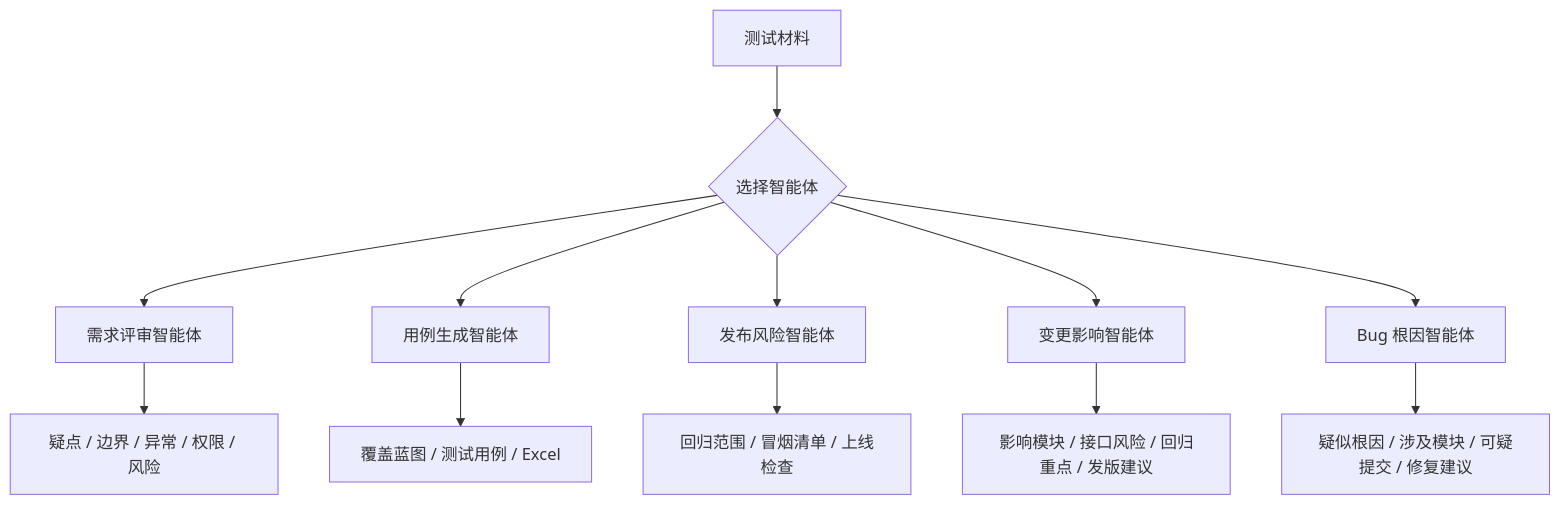
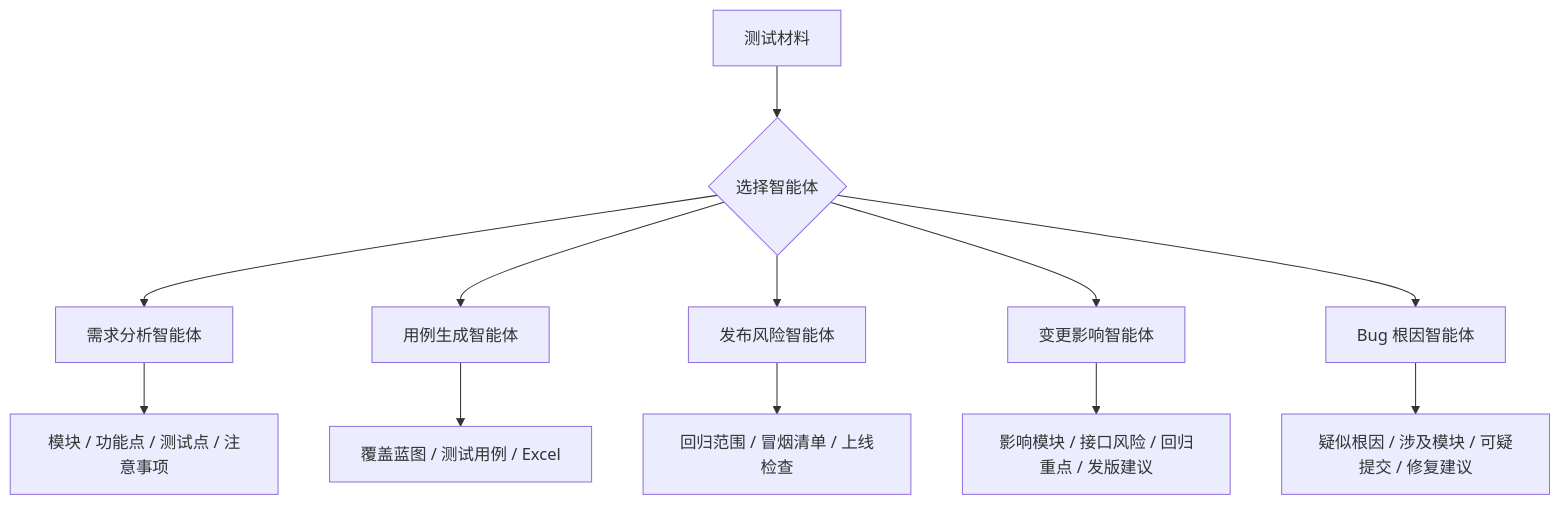
The first of 2 diagrams in README.md (swseven-hub/TestMind), drawn with Mermaid before and after one commit. The commit also changed other lines of this file and 6 other files, not shown here.

````diff
--- a/README.md
+++ b/README.md
@@ -64,14 +64,14 @@
 ```mermaid
 flowchart TD
   A["测试材料"] --> B{"选择智能体"}
-  B --> C["需求评审智能体"]
+  B --> C["需求分析智能体"]
   B --> D["用例生成智能体"]
   B --> E["发布风险智能体"]
   B --> I["变更影响智能体"]
   B --> K["Bug 根因智能体"]
-  C --> F["疑点 / 边界 / 异常 / 权限 / 风险"]
+  C --> F["模块 / 功能点 / 测试点 / 注意事项"]
   D --> G["覆盖蓝图 / 测试用例 / Excel"]
   E --> H["回归范围 / 冒烟清单 / 上线检查"]
   I --> J["影响模块 / 接口风险 / 回归重点 / 发版建议"]
   K --> L["疑似根因 / 涉及模块 / 可疑提交 / 修复建议"]
 ```
````
